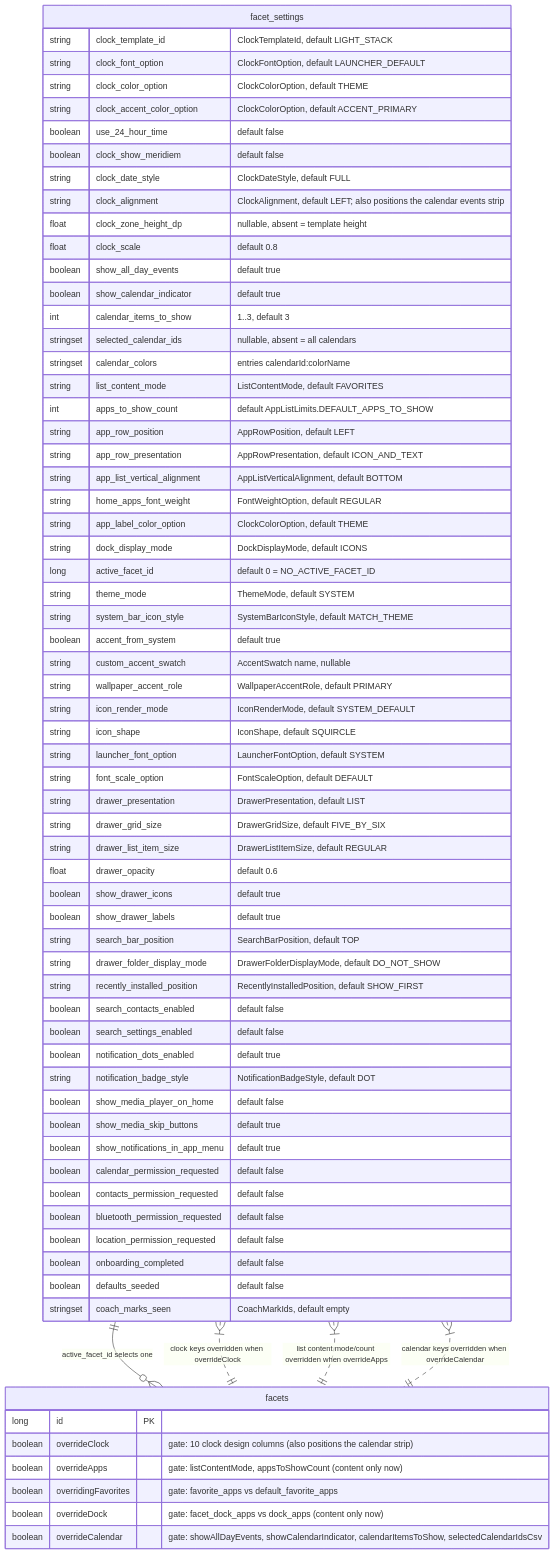
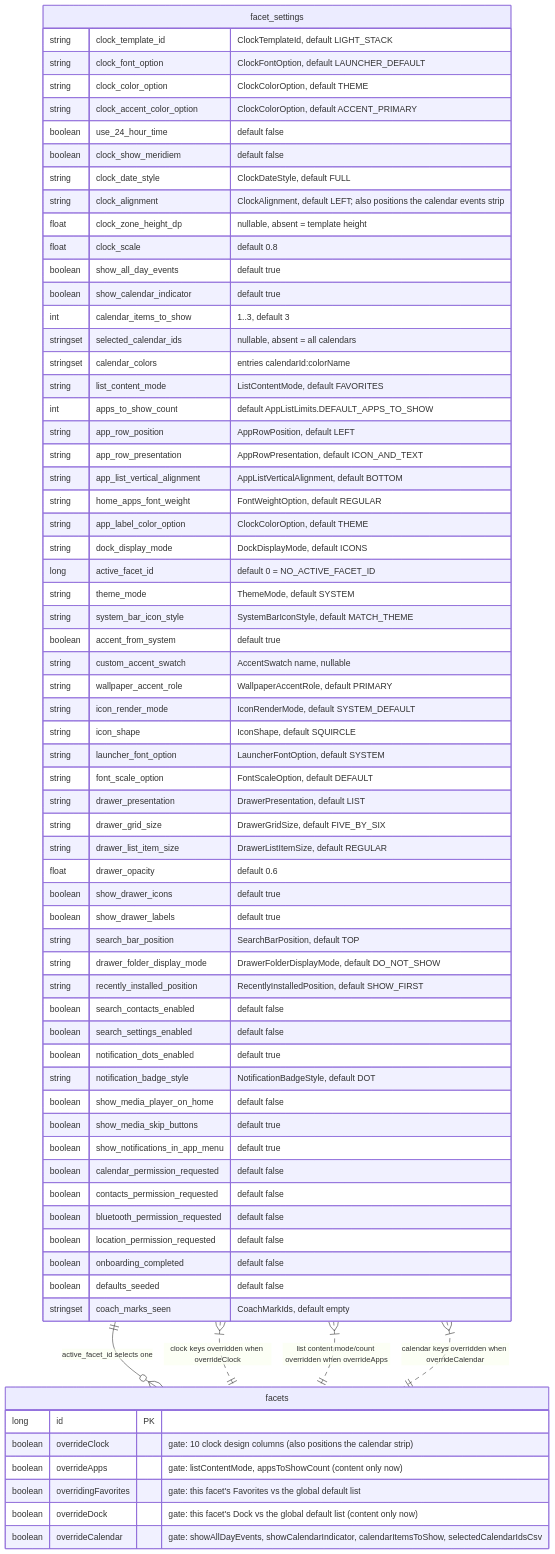
The third of 3 diagrams in docs/architecture/02-persistence-room.md (rohitganjam/facet-launcher), drawn with Mermaid before and after one commit. The commit also changed other lines of this file and 78 other files, not shown here.

First line of the commit message:
Fold the eight Dock/Favorites tables into app_placements and folder_placements (schema v28)

````diff
--- a/docs/architecture/02-persistence-room.md
+++ b/docs/architecture/02-persistence-room.md
@@ -393,75 +318,75 @@
 ```mermaid
 erDiagram
     facet_settings {
         string clock_template_id "ClockTemplateId, default LIGHT_STACK"
         string clock_font_option "ClockFontOption, default LAUNCHER_DEFAULT"
         string clock_color_option "ClockColorOption, default THEME"
         string clock_accent_color_option "ClockColorOption, default ACCENT_PRIMARY"
         boolean use_24_hour_time "default false"
         boolean clock_show_meridiem "default false"
         string clock_date_style "ClockDateStyle, default FULL"
         string clock_alignment "ClockAlignment, default LEFT; also positions the calendar events strip"
         float clock_zone_height_dp "nullable, absent = template height"
         float clock_scale "default 0.8"
         boolean show_all_day_events "default true"
         boolean show_calendar_indicator "default true"
         int calendar_items_to_show "1..3, default 3"
         stringset selected_calendar_ids "nullable, absent = all calendars"
         stringset calendar_colors "entries calendarId:colorName"
         string list_content_mode "ListContentMode, default FAVORITES"
         int apps_to_show_count "default AppListLimits.DEFAULT_APPS_TO_SHOW"
         string app_row_position "AppRowPosition, default LEFT"
         string app_row_presentation "AppRowPresentation, default ICON_AND_TEXT"
         string app_list_vertical_alignment "AppListVerticalAlignment, default BOTTOM"
         string home_apps_font_weight "FontWeightOption, default REGULAR"
         string app_label_color_option "ClockColorOption, default THEME"
         string dock_display_mode "DockDisplayMode, default ICONS"
         long active_facet_id "default 0 = NO_ACTIVE_FACET_ID"
         string theme_mode "ThemeMode, default SYSTEM"
         string system_bar_icon_style "SystemBarIconStyle, default MATCH_THEME"
         boolean accent_from_system "default true"
         string custom_accent_swatch "AccentSwatch name, nullable"
         string wallpaper_accent_role "WallpaperAccentRole, default PRIMARY"
         string icon_render_mode "IconRenderMode, default SYSTEM_DEFAULT"
         string icon_shape "IconShape, default SQUIRCLE"
         string launcher_font_option "LauncherFontOption, default SYSTEM"
         string font_scale_option "FontScaleOption, default DEFAULT"
         string drawer_presentation "DrawerPresentation, default LIST"
         string drawer_grid_size "DrawerGridSize, default FIVE_BY_SIX"
         string drawer_list_item_size "DrawerListItemSize, default REGULAR"
         float drawer_opacity "default 0.6"
         boolean show_drawer_icons "default true"
         boolean show_drawer_labels "default true"
         string search_bar_position "SearchBarPosition, default TOP"
         string drawer_folder_display_mode "DrawerFolderDisplayMode, default DO_NOT_SHOW"
         string recently_installed_position "RecentlyInstalledPosition, default SHOW_FIRST"
         boolean search_contacts_enabled "default false"
         boolean search_settings_enabled "default false"
         boolean notification_dots_enabled "default true"
         string notification_badge_style "NotificationBadgeStyle, default DOT"
         boolean show_media_player_on_home "default false"
         boolean show_media_skip_buttons "default true"
         boolean show_notifications_in_app_menu "default true"
         boolean calendar_permission_requested "default false"
         boolean contacts_permission_requested "default false"
         boolean bluetooth_permission_requested "default false"
         boolean location_permission_requested "default false"
         boolean onboarding_completed "default false"
         boolean defaults_seeded "default false"
         stringset coach_marks_seen "CoachMarkIds, default empty"
     }
 
     facets {
         long id PK
         boolean overrideClock "gate: 10 clock design columns (also positions the calendar strip)"
         boolean overrideApps "gate: listContentMode, appsToShowCount (content only now)"
-        boolean overridingFavorites "gate: favorite_apps vs default_favorite_apps"
-        boolean overrideDock "gate: facet_dock_apps vs dock_apps (content only now)"
+        boolean overridingFavorites "gate: this facet's Favorites vs the global default list"
+        boolean overrideDock "gate: this facet's Dock vs the global default list (content only now)"
         boolean overrideCalendar "gate: showAllDayEvents, showCalendarIndicator, calendarItemsToShow, selectedCalendarIdsCsv"
     }
 
     facet_settings ||--o{ facets : "active_facet_id selects one"
     facet_settings }|..|| facets : "clock keys overridden when overrideClock"
     facet_settings }|..|| facets : "list content mode/count overridden when overrideApps"
     facet_settings }|..|| facets : "calendar keys overridden when overrideCalendar"
 ```
````
